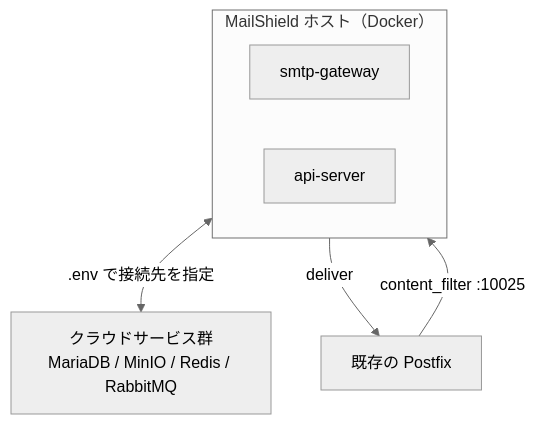
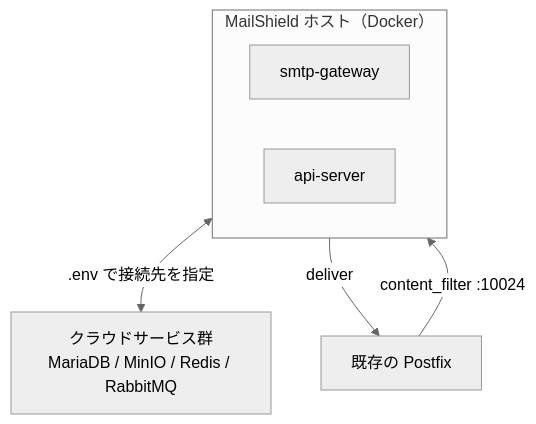
Before and after one commit to yumekui08/mailshield: the third of 3 diagrams in docs/setup/overview.md, drawn with Mermaid (neutral theme). The commit also changed other lines of this file and 22 other files, not shown here.

````diff
--- a/docs/setup/overview.md
+++ b/docs/setup/overview.md
@@ -198,12 +198,12 @@
 ```mermaid
 flowchart TD
-    ExtMTA["既存の Postfix"] -->|"content_filter :10025"| MS
+    ExtMTA["既存の Postfix"] -->|"content_filter :10024"| MS
 
     subgraph MS["MailShield ホスト（Docker）"]
         GW["smtp-gateway"]
         API["api-server"]
     end
 
     MS <-->|".env で接続先を指定"| Cloud["クラウドサービス群\nMariaDB / MinIO / Redis / RabbitMQ"]
     MS -->|deliver| ExtMTA
 ```
````
